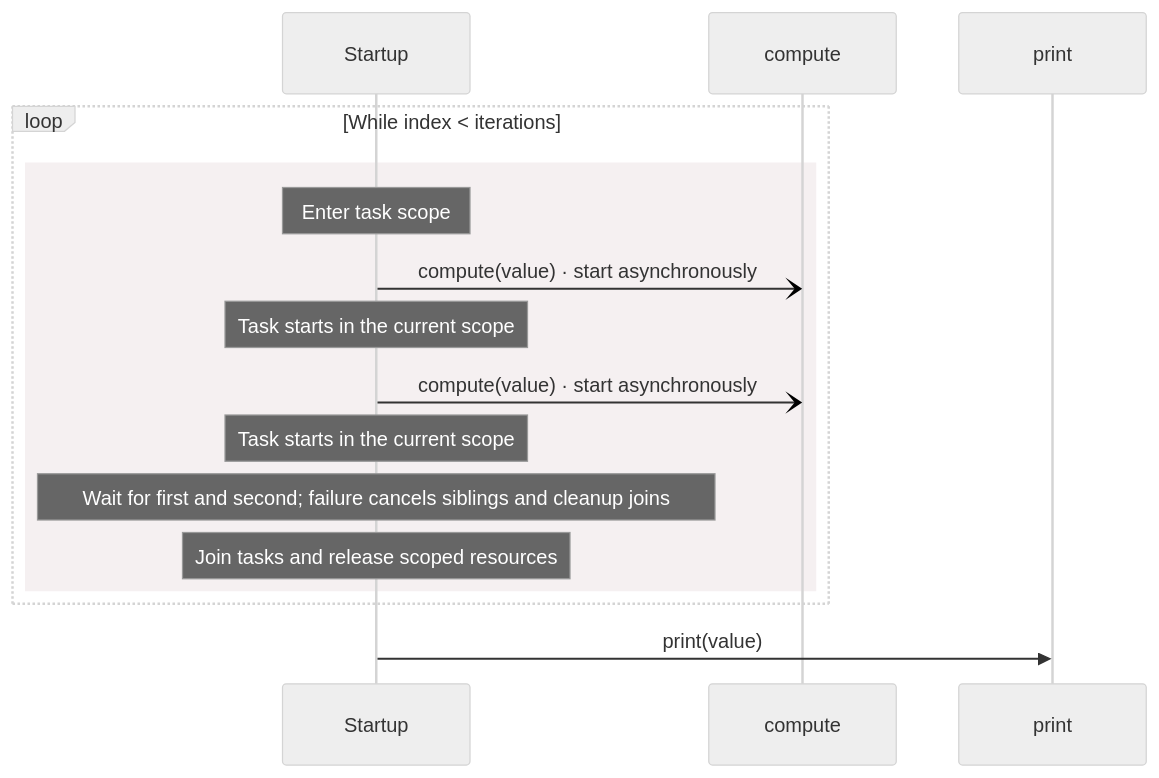
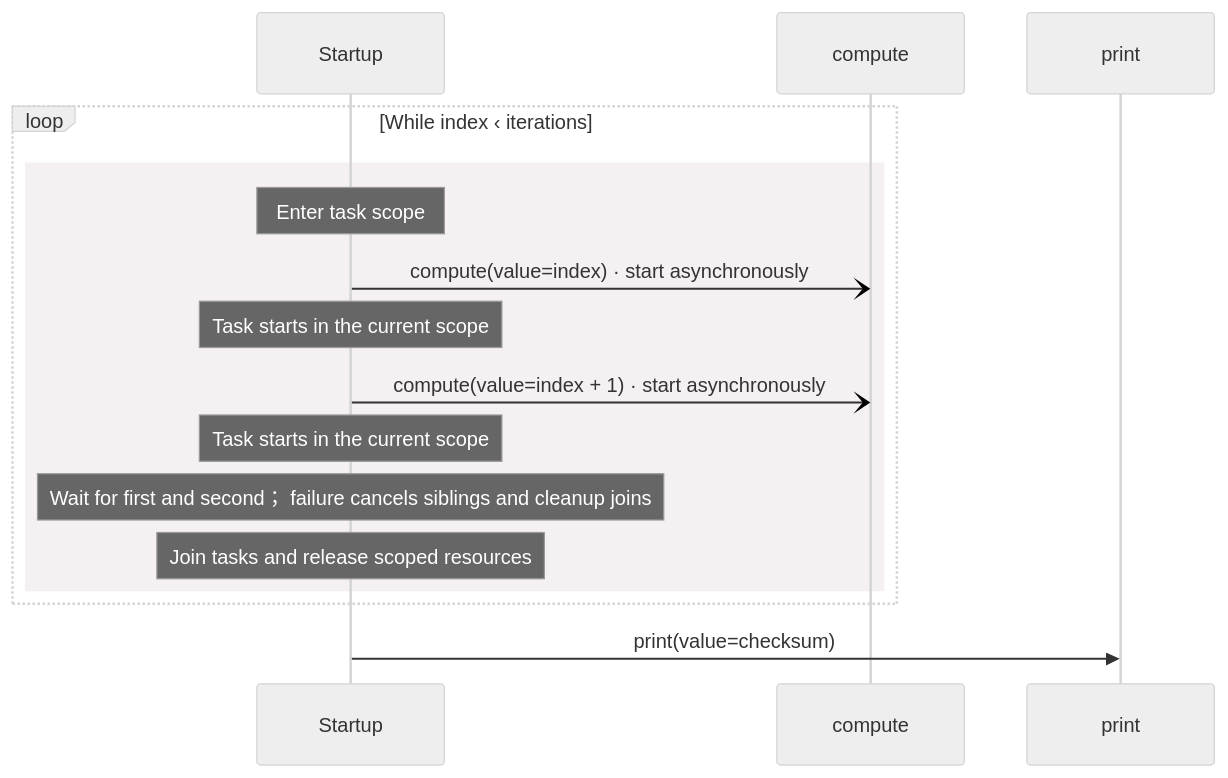
The second of 2 diagrams in benchmarks/tasks/main.aug.diagrams.md (GreenPandaStudios/augscript), drawn with Mermaid (neutral theme) before and after one commit. The commit also changed other lines of this file and 524 other files, not shown here.

Commit message:
Explain checked data flow at folder and service levels

````diff
--- a/benchmarks/tasks/main.aug.diagrams.md
+++ b/benchmarks/tasks/main.aug.diagrams.md
@@ -30,18 +30,18 @@
 ```mermaid
 sequenceDiagram
     participant p0 as Startup
     participant p1 as compute
     participant p2 as print
-    loop While index #60; iterations
+    loop While index ‹ iterations
     rect rgb(245, 240, 241)
     Note over p0: Enter task scope
-    p0-)p1: compute(value) · start asynchronously
+    p0-)p1: compute(value=index) · start asynchronously
     Note over p0: Task starts in the current scope
-    p0-)p1: compute(value) · start asynchronously
+    p0-)p1: compute(value=index + 1) · start asynchronously
     Note over p0: Task starts in the current scope
-    Note over p0: Wait for first and second#59; failure cancels siblings and cleanup joins
+    Note over p0: Wait for first and second； failure cancels siblings and cleanup joins
     Note over p0: Join tasks and release scoped resources
     end
     end
-    p0->>p2: print(value)
+    p0->>p2: print(value=checksum)
 ```
````
